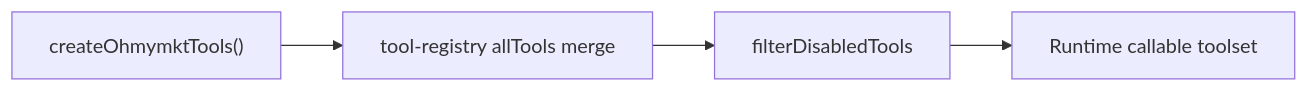
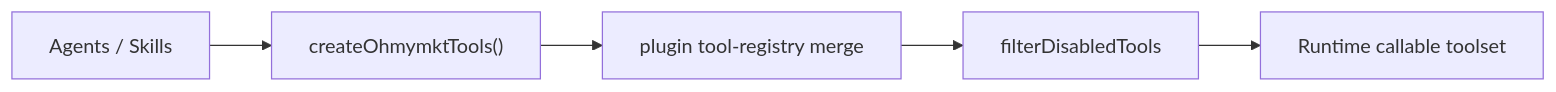
The second of 4 diagrams in docs/features.md (bravohenry/ohmymkt), drawn with Mermaid before and after one commit. The commit also changed other lines of this file and 7 other files, not shown here.

````diff
--- a/docs/features.md
+++ b/docs/features.md
@@ -63,6 +82,7 @@
 ```mermaid
 flowchart LR
-    IDX["createOhmymktTools()"] --> REG["tool-registry allTools merge"]
-    REG --> FIL["filterDisabledTools"]
+    AG["Agents / Skills"] --> REG["createOhmymktTools()"]
+    REG --> TR["plugin tool-registry merge"]
+    TR --> FIL["filterDisabledTools"]
     FIL --> RUN["Runtime callable toolset"]
 ```
````
